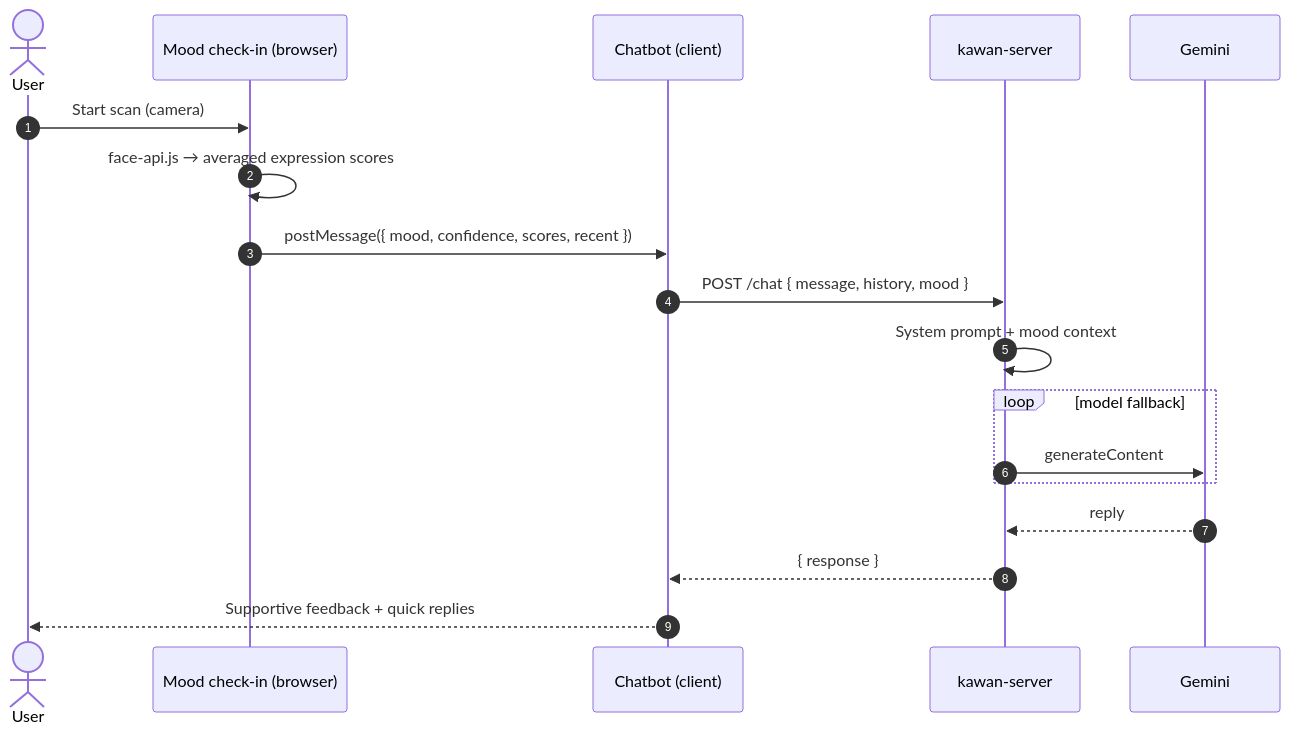
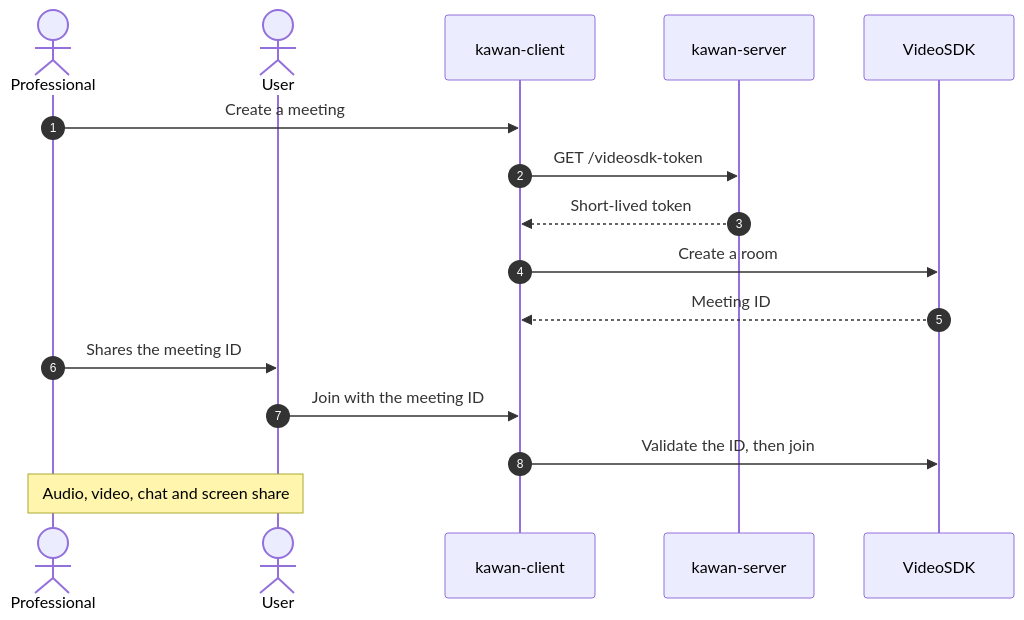
The third of 6 diagrams in README.md (mahfuzhasanreza/kawan), drawn with Mermaid before and after one commit. The commit also changed other lines of this file, not shown here.

Commit message:
chore: update submodule references for client, admin, and server

````diff
--- a/README.md
+++ b/README.md
@@ -259,21 +220,19 @@
 ```mermaid
 sequenceDiagram
     autonumber
+    actor P as Professional
     actor U as User
-    participant FD as Mood check-in (browser)
-    participant C as Chatbot (client)
+    participant C as kawan-client
     participant S as kawan-server
-    participant G as Gemini
+    participant V as VideoSDK
 
-    U->>FD: Start scan (camera)
-    FD->>FD: face-api.js → averaged expression scores
-    FD->>C: postMessage({ mood, confidence, scores, recent })
-    C->>S: POST /chat { message, history, mood }
-    S->>S: System prompt + mood context
-    loop model fallback
-        S->>G: generateContent
-    end
-    G-->>S: reply
-    S-->>C: { response }
-    C-->>U: Supportive feedback + quick replies
+    P->>C: Create a meeting
+    C->>S: GET /videosdk-token
+    S-->>C: Short-lived token
+    C->>V: Create a room
+    V-->>C: Meeting ID
+    P->>U: Shares the meeting ID
+    U->>C: Join with the meeting ID
+    C->>V: Validate the ID, then join
+    Note over P,U: Audio, video, chat and screen share
 ```
````
